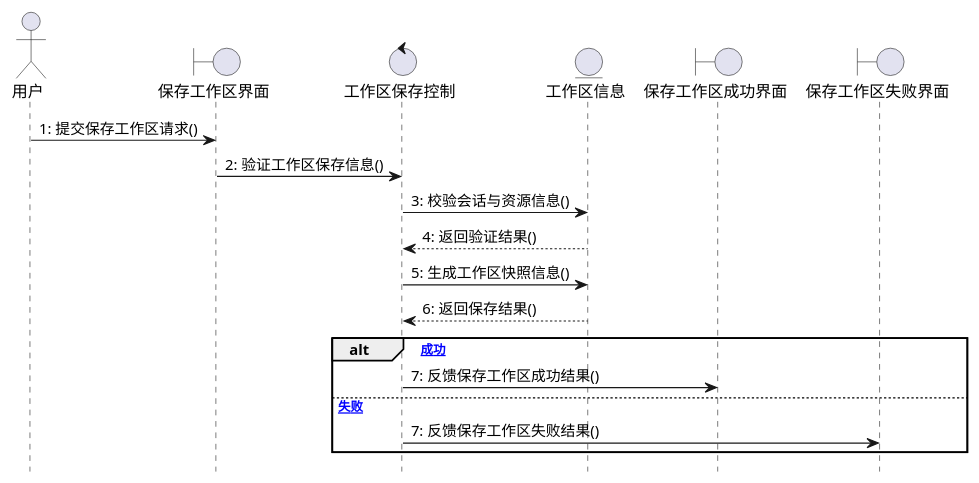
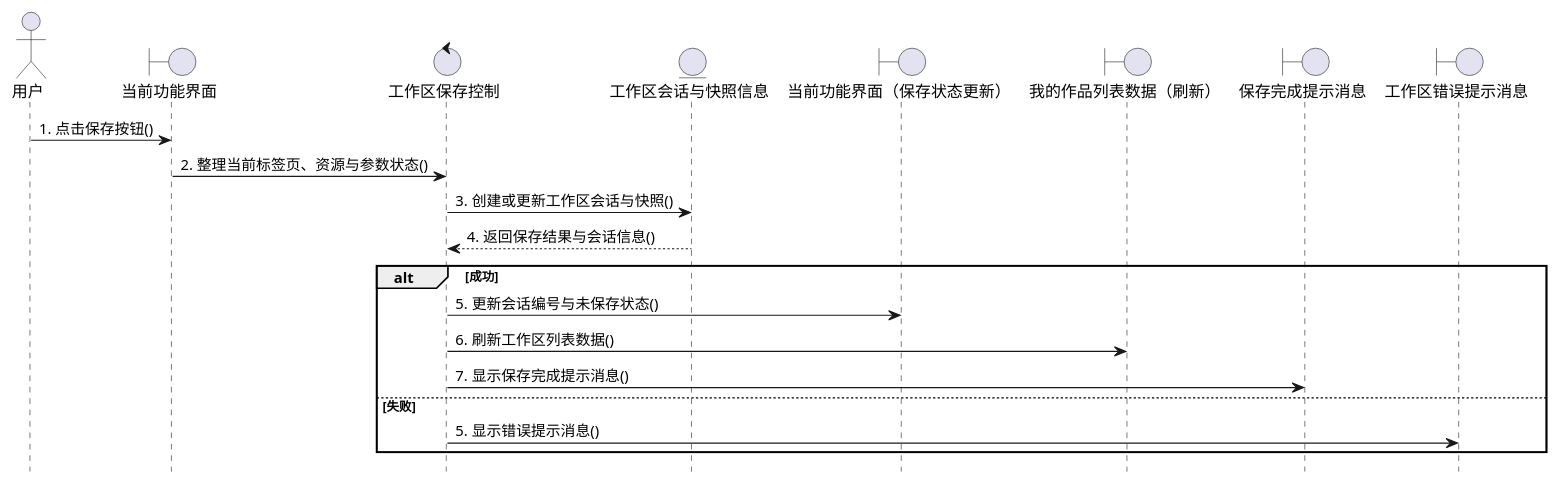
Before and after one commit to LyferLu/Artie: diagram 12 of 16 in doc/paper.md, drawn with PlantUML. The commit also changed other lines of this file, not shown here.

````diff
--- a/doc/paper.md
+++ b/doc/paper.md
@@ -999,23 +1019,25 @@
 ```plantuml
 @startuml
 hide footbox
 actor 用户
-boundary "保存工作区界面" as B10
+boundary "当前功能界面" as B10
 control "工作区保存控制" as C10
-entity "工作区信息" as E10
-boundary "保存工作区成功界面" as BS10
-boundary "保存工作区失败界面" as BF10
+entity "工作区会话与快照信息" as E10
+boundary "当前功能界面（保存状态更新）" as BS10
+boundary "我的作品列表数据（刷新）" as BW10
+boundary "保存完成提示消息" as BT10
+boundary "工作区错误提示消息" as BF10
 
-用户 -> B10 : 1: 提交保存工作区请求()
-B10 -> C10 : 2: 验证工作区保存信息()
-C10 -> E10 : 3: 校验会话与资源信息()
-E10 --> C10 : 4: 返回验证结果()
-C10 -> E10 : 5: 生成工作区快照信息()
-E10 --> C10 : 6: 返回保存结果()
-alt [成功]
-  C10 -> BS10 : 7: 反馈保存工作区成功结果()
-else [失败]
-  C10 -> BF10 : 7: 反馈保存工作区失败结果()
+用户 -> B10 : 1. 点击保存按钮()
+B10 -> C10 : 2. 整理当前标签页、资源与参数状态()
+C10 -> E10 : 3. 创建或更新工作区会话与快照()
+E10 --> C10 : 4. 返回保存结果与会话信息()
+alt 成功
+  C10 -> BS10 : 5. 更新会话编号与未保存状态()
+  C10 -> BW10 : 6. 刷新工作区列表数据()
+  C10 -> BT10 : 7. 显示保存完成提示消息()
+else 失败
+  C10 -> BF10 : 5. 显示错误提示消息()
 end
 @enduml
 ```
````
